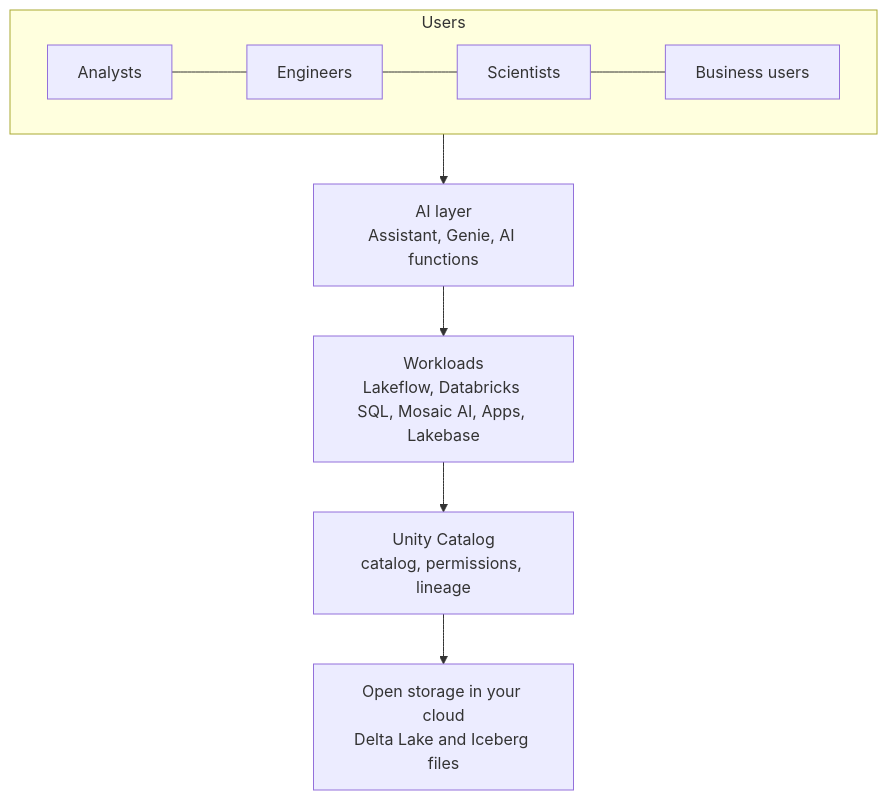
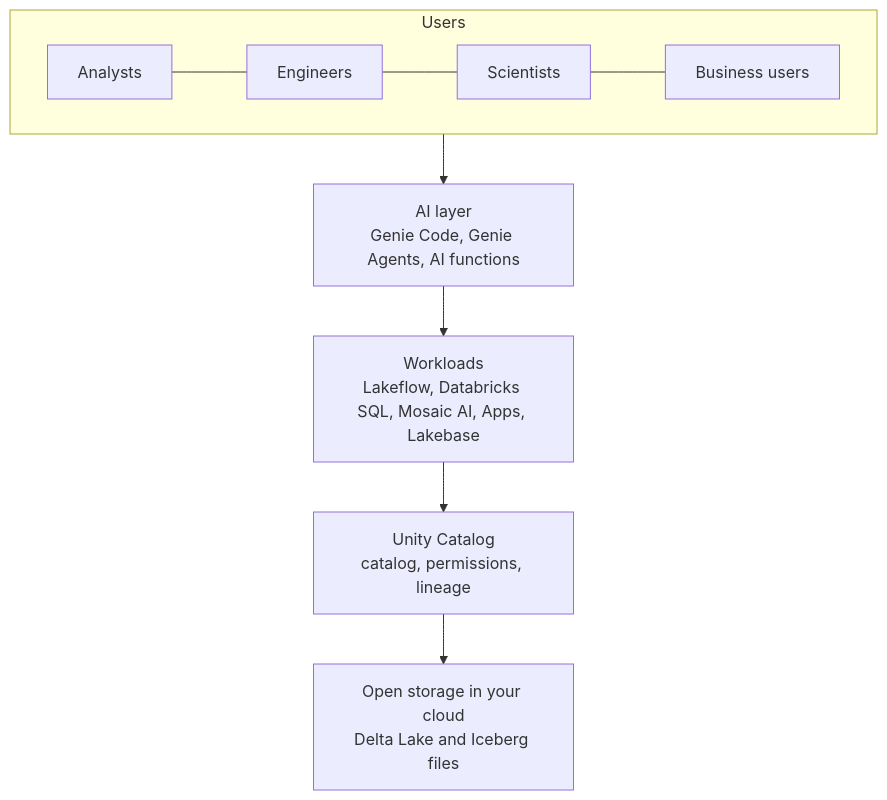
The diagram in 06_databricks_platform/The Data Intelligence Platform.md (kidskoding/databricks-wiki), drawn with Mermaid before and after one commit. The commit also changed other lines of this file and 22 other files, not shown here.

````diff
--- a/06_databricks_platform/The Data Intelligence Platform.md
+++ b/06_databricks_platform/The Data Intelligence Platform.md
@@ -103,10 +105,10 @@
 ```mermaid
 flowchart TB
   subgraph Users
     A[Analysts] --- E[Engineers] --- S[Scientists] --- B[Business users]
   end
-  Users --> AI["AI layer<br/>Assistant, Genie, AI functions"]
+  Users --> AI["AI layer<br/>Genie Code, Genie Agents, AI functions"]
   AI --> W["Workloads<br/>Lakeflow, Databricks SQL, Mosaic AI, Apps, Lakebase"]
   W --> UC["Unity Catalog<br/>catalog, permissions, lineage"]
   UC --> ST["Open storage in your cloud<br/>Delta Lake and Iceberg files"]
 ```
````
